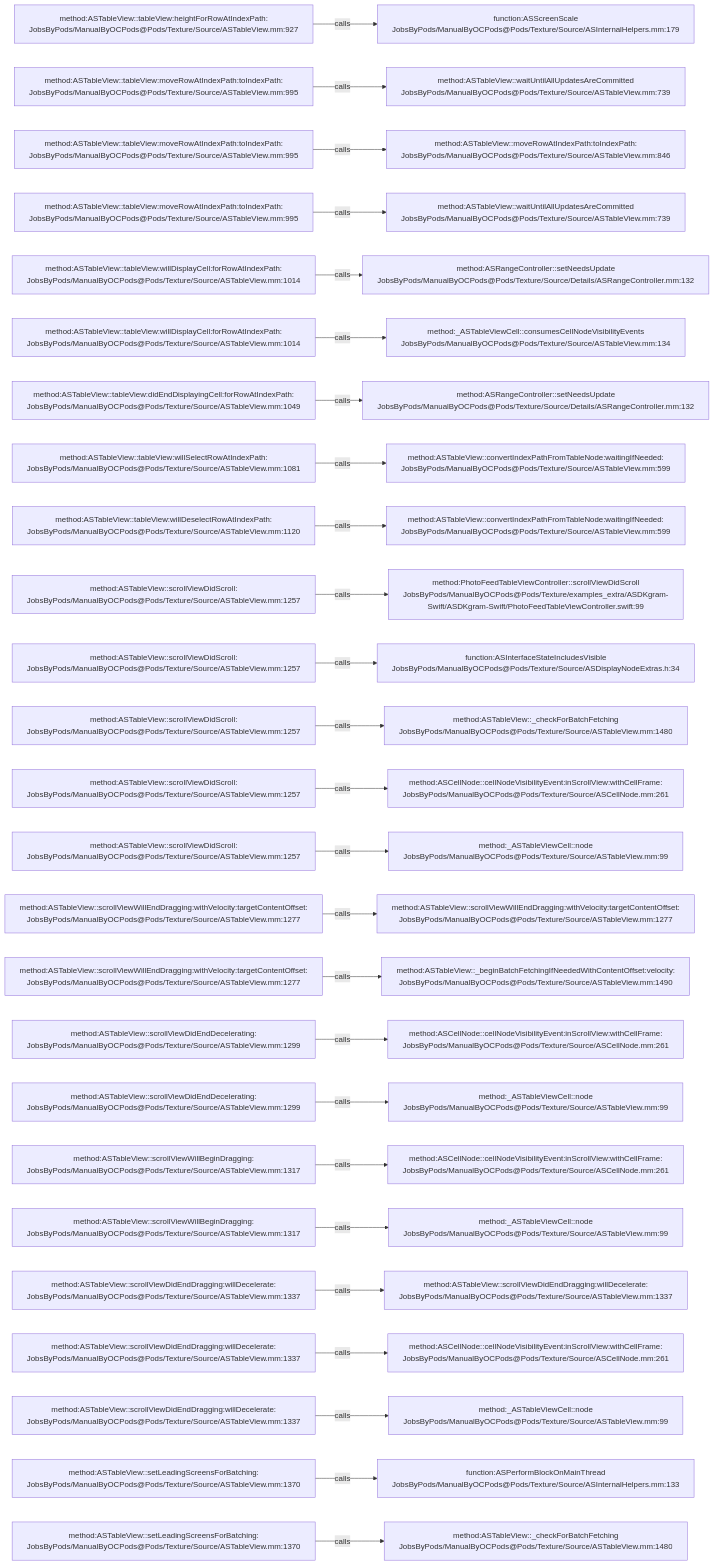
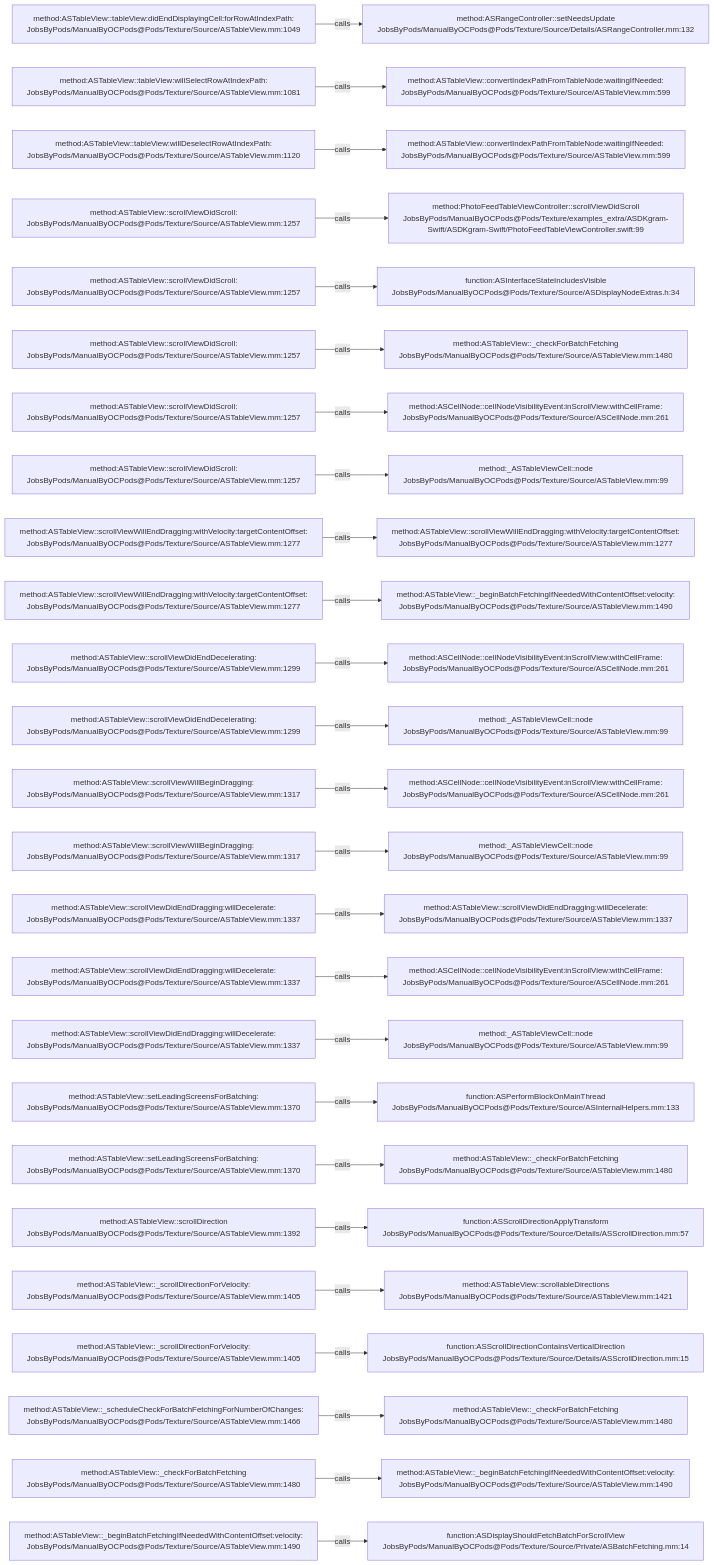
Before and after one commit to JobsKits/JobsOCBaseConfigDemo: the diagram in .codegraph/codegraph.md/graphs/calls-121.md, drawn with Mermaid. The commit also changed 666 other files, not shown here.

````diff
--- a/.codegraph/codegraph.md/graphs/calls-121.md
+++ b/.codegraph/codegraph.md/graphs/calls-121.md
@@ -13,78 +13,78 @@
 ```mermaid
 flowchart LR
-  S1["method:ASTableView::tableView:heightForRowAtIndexPath:<br/>JobsByPods/ManualByOCPods@Pods/Texture/Source/ASTableView.mm:927"]
-  T1["function:ASScreenScale<br/>JobsByPods/ManualByOCPods@Pods/Texture/Source/ASInternalHelpers.mm:179"]
+  S1["method:ASTableView::tableView:didEndDisplayingCell:forRowAtIndexPath:<br/>JobsByPods/ManualByOCPods@Pods/Texture/Source/ASTableView.mm:1049"]
+  T1["method:ASRangeController::setNeedsUpdate<br/>JobsByPods/ManualByOCPods@Pods/Texture/Source/Details/ASRangeController.mm:132"]
   S1 -->|calls| T1
-  S2["method:ASTableView::tableView:moveRowAtIndexPath:toIndexPath:<br/>JobsByPods/ManualByOCPods@Pods/Texture/Source/ASTableView.mm:995"]
-  T2["method:ASTableView::waitUntilAllUpdatesAreCommitted<br/>JobsByPods/ManualByOCPods@Pods/Texture/Source/ASTableView.mm:739"]
+  S2["method:ASTableView::tableView:willSelectRowAtIndexPath:<br/>JobsByPods/ManualByOCPods@Pods/Texture/Source/ASTableView.mm:1081"]
+  T2["method:ASTableView::convertIndexPathFromTableNode:waitingIfNeeded:<br/>JobsByPods/ManualByOCPods@Pods/Texture/Source/ASTableView.mm:599"]
   S2 -->|calls| T2
-  S3["method:ASTableView::tableView:moveRowAtIndexPath:toIndexPath:<br/>JobsByPods/ManualByOCPods@Pods/Texture/Source/ASTableView.mm:995"]
-  T3["method:ASTableView::moveRowAtIndexPath:toIndexPath:<br/>JobsByPods/ManualByOCPods@Pods/Texture/Source/ASTableView.mm:846"]
+  S3["method:ASTableView::tableView:willDeselectRowAtIndexPath:<br/>JobsByPods/ManualByOCPods@Pods/Texture/Source/ASTableView.mm:1120"]
+  T3["method:ASTableView::convertIndexPathFromTableNode:waitingIfNeeded:<br/>JobsByPods/ManualByOCPods@Pods/Texture/Source/ASTableView.mm:599"]
   S3 -->|calls| T3
-  S4["method:ASTableView::tableView:moveRowAtIndexPath:toIndexPath:<br/>JobsByPods/ManualByOCPods@Pods/Texture/Source/ASTableView.mm:995"]
-  T4["method:ASTableView::waitUntilAllUpdatesAreCommitted<br/>JobsByPods/ManualByOCPods@Pods/Texture/Source/ASTableView.mm:739"]
+  S4["method:ASTableView::scrollViewDidScroll:<br/>JobsByPods/ManualByOCPods@Pods/Texture/Source/ASTableView.mm:1257"]
+  T4["method:PhotoFeedTableViewController::scrollViewDidScroll<br/>JobsByPods/ManualByOCPods@Pods/Texture/examples_extra/ASDKgram-Swift/ASDKgram-Swift/PhotoFeedTableViewController.swift:99"]
   S4 -->|calls| T4
-  S5["method:ASTableView::tableView:willDisplayCell:forRowAtIndexPath:<br/>JobsByPods/ManualByOCPods@Pods/Texture/Source/ASTableView.mm:1014"]
-  T5["method:ASRangeController::setNeedsUpdate<br/>JobsByPods/ManualByOCPods@Pods/Texture/Source/Details/ASRangeController.mm:132"]
+  S5["method:ASTableView::scrollViewDidScroll:<br/>JobsByPods/ManualByOCPods@Pods/Texture/Source/ASTableView.mm:1257"]
+  T5["function:ASInterfaceStateIncludesVisible<br/>JobsByPods/ManualByOCPods@Pods/Texture/Source/ASDisplayNodeExtras.h:34"]
   S5 -->|calls| T5
-  S6["method:ASTableView::tableView:willDisplayCell:forRowAtIndexPath:<br/>JobsByPods/ManualByOCPods@Pods/Texture/Source/ASTableView.mm:1014"]
-  T6["method:_ASTableViewCell::consumesCellNodeVisibilityEvents<br/>JobsByPods/ManualByOCPods@Pods/Texture/Source/ASTableView.mm:134"]
+  S6["method:ASTableView::scrollViewDidScroll:<br/>JobsByPods/ManualByOCPods@Pods/Texture/Source/ASTableView.mm:1257"]
+  T6["method:ASTableView::_checkForBatchFetching<br/>JobsByPods/ManualByOCPods@Pods/Texture/Source/ASTableView.mm:1480"]
   S6 -->|calls| T6
-  S7["method:ASTableView::tableView:didEndDisplayingCell:forRowAtIndexPath:<br/>JobsByPods/ManualByOCPods@Pods/Texture/Source/ASTableView.mm:1049"]
-  T7["method:ASRangeController::setNeedsUpdate<br/>JobsByPods/ManualByOCPods@Pods/Texture/Source/Details/ASRangeController.mm:132"]
+  S7["method:ASTableView::scrollViewDidScroll:<br/>JobsByPods/ManualByOCPods@Pods/Texture/Source/ASTableView.mm:1257"]
+  T7["method:ASCellNode::cellNodeVisibilityEvent:inScrollView:withCellFrame:<br/>JobsByPods/ManualByOCPods@Pods/Texture/Source/ASCellNode.mm:261"]
   S7 -->|calls| T7
-  S8["method:ASTableView::tableView:willSelectRowAtIndexPath:<br/>JobsByPods/ManualByOCPods@Pods/Texture/Source/ASTableView.mm:1081"]
-  T8["method:ASTableView::convertIndexPathFromTableNode:waitingIfNeeded:<br/>JobsByPods/ManualByOCPods@Pods/Texture/Source/ASTableView.mm:599"]
+  S8["method:ASTableView::scrollViewDidScroll:<br/>JobsByPods/ManualByOCPods@Pods/Texture/Source/ASTableView.mm:1257"]
+  T8["method:_ASTableViewCell::node<br/>JobsByPods/ManualByOCPods@Pods/Texture/Source/ASTableView.mm:99"]
   S8 -->|calls| T8
-  S9["method:ASTableView::tableView:willDeselectRowAtIndexPath:<br/>JobsByPods/ManualByOCPods@Pods/Texture/Source/ASTableView.mm:1120"]
-  T9["method:ASTableView::convertIndexPathFromTableNode:waitingIfNeeded:<br/>JobsByPods/ManualByOCPods@Pods/Texture/Source/ASTableView.mm:599"]
+  S9["method:ASTableView::scrollViewWillEndDragging:withVelocity:targetContentOffset:<br/>JobsByPods/ManualByOCPods@Pods/Texture/Source/ASTableView.mm:1277"]
+  T9["method:ASTableView::scrollViewWillEndDragging:withVelocity:targetContentOffset:<br/>JobsByPods/ManualByOCPods@Pods/Texture/Source/ASTableView.mm:1277"]
   S9 -->|calls| T9
-  S10["method:ASTableView::scrollViewDidScroll:<br/>JobsByPods/ManualByOCPods@Pods/Texture/Source/ASTableView.mm:1257"]
-  T10["method:PhotoFeedTableViewController::scrollViewDidScroll<br/>JobsByPods/ManualByOCPods@Pods/Texture/examples_extra/ASDKgram-Swift/ASDKgram-Swift/PhotoFeedTableViewController.swift:99"]
+  S10["method:ASTableView::scrollViewWillEndDragging:withVelocity:targetContentOffset:<br/>JobsByPods/ManualByOCPods@Pods/Texture/Source/ASTableView.mm:1277"]
+  T10["method:ASTableView::_beginBatchFetchingIfNeededWithContentOffset:velocity:<br/>JobsByPods/ManualByOCPods@Pods/Texture/Source/ASTableView.mm:1490"]
   S10 -->|calls| T10
-  S11["method:ASTableView::scrollViewDidScroll:<br/>JobsByPods/ManualByOCPods@Pods/Texture/Source/ASTableView.mm:1257"]
-  T11["function:ASInterfaceStateIncludesVisible<br/>JobsByPods/ManualByOCPods@Pods/Texture/Source/ASDisplayNodeExtras.h:34"]
+  S11["method:ASTableView::scrollViewDidEndDecelerating:<br/>JobsByPods/ManualByOCPods@Pods/Texture/Source/ASTableView.mm:1299"]
+  T11["method:ASCellNode::cellNodeVisibilityEvent:inScrollView:withCellFrame:<br/>JobsByPods/ManualByOCPods@Pods/Texture/Source/ASCellNode.mm:261"]
   S11 -->|calls| T11
-  S12["method:ASTableView::scrollViewDidScroll:<br/>JobsByPods/ManualByOCPods@Pods/Texture/Source/ASTableView.mm:1257"]
-  T12["method:ASTableView::_checkForBatchFetching<br/>JobsByPods/ManualByOCPods@Pods/Texture/Source/ASTableView.mm:1480"]
+  S12["method:ASTableView::scrollViewDidEndDecelerating:<br/>JobsByPods/ManualByOCPods@Pods/Texture/Source/ASTableView.mm:1299"]
+  T12["method:_ASTableViewCell::node<br/>JobsByPods/ManualByOCPods@Pods/Texture/Source/ASTableView.mm:99"]
   S12 -->|calls| T12
-  S13["method:ASTableView::scrollViewDidScroll:<br/>JobsByPods/ManualByOCPods@Pods/Texture/Source/ASTableView.mm:1257"]
+  S13["method:ASTableView::scrollViewWillBeginDragging:<br/>JobsByPods/ManualByOCPods@Pods/Texture/Source/ASTableView.mm:1317"]
   T13["method:ASCellNode::cellNodeVisibilityEvent:inScrollView:withCellFrame:<br/>JobsByPods/ManualByOCPods@Pods/Texture/Source/ASCellNode.mm:261"]
   S13 -->|calls| T13
-  S14["method:ASTableView::scrollViewDidScroll:<br/>JobsByPods/ManualByOCPods@Pods/Texture/Source/ASTableView.mm:1257"]
+  S14["method:ASTableView::scrollViewWillBeginDragging:<br/>JobsByPods/ManualByOCPods@Pods/Texture/Source/ASTableView.mm:1317"]
   T14["method:_ASTableViewCell::node<br/>JobsByPods/ManualByOCPods@Pods/Texture/Source/ASTableView.mm:99"]
   S14 -->|calls| T14
-  S15["method:ASTableView::scrollViewWillEndDragging:withVelocity:targetContentOffset:<br/>JobsByPods/ManualByOCPods@Pods/Texture/Source/ASTableView.mm:1277"]
-  T15["method:ASTableView::scrollViewWillEndDragging:withVelocity:targetContentOffset:<br/>JobsByPods/ManualByOCPods@Pods/Texture/Source/ASTableView.mm:1277"]
+  S15["method:ASTableView::scrollViewDidEndDragging:willDecelerate:<br/>JobsByPods/ManualByOCPods@Pods/Texture/Source/ASTableView.mm:1337"]
+  T15["method:ASTableView::scrollViewDidEndDragging:willDecelerate:<br/>JobsByPods/ManualByOCPods@Pods/Texture/Source/ASTableView.mm:1337"]
   S15 -->|calls| T15
-  S16["method:ASTableView::scrollViewWillEndDragging:withVelocity:targetContentOffset:<br/>JobsByPods/ManualByOCPods@Pods/Texture/Source/ASTableView.mm:1277"]
-  T16["method:ASTableView::_beginBatchFetchingIfNeededWithContentOffset:velocity:<br/>JobsByPods/ManualByOCPods@Pods/Texture/Source/ASTableView.mm:1490"]
+  S16["method:ASTableView::scrollViewDidEndDragging:willDecelerate:<br/>JobsByPods/ManualByOCPods@Pods/Texture/Source/ASTableView.mm:1337"]
+  T16["method:ASCellNode::cellNodeVisibilityEvent:inScrollView:withCellFrame:<br/>JobsByPods/ManualByOCPods@Pods/Texture/Source/ASCellNode.mm:261"]
   S16 -->|calls| T16
-  S17["method:ASTableView::scrollViewDidEndDecelerating:<br/>JobsByPods/ManualByOCPods@Pods/Texture/Source/ASTableView.mm:1299"]
-  T17["method:ASCellNode::cellNodeVisibilityEvent:inScrollView:withCellFrame:<br/>JobsByPods/ManualByOCPods@Pods/Texture/Source/ASCellNode.mm:261"]
+  S17["method:ASTableView::scrollViewDidEndDragging:willDecelerate:<br/>JobsByPods/ManualByOCPods@Pods/Texture/Source/ASTableView.mm:1337"]
+  T17["method:_ASTableViewCell::node<br/>JobsByPods/ManualByOCPods@Pods/Texture/Source/ASTableView.mm:99"]
   S17 -->|calls| T17
-  S18["method:ASTableView::scrollViewDidEndDecelerating:<br/>JobsByPods/ManualByOCPods@Pods/Texture/Source/ASTableView.mm:1299"]
-  T18["method:_ASTableViewCell::node<br/>JobsByPods/ManualByOCPods@Pods/Texture/Source/ASTableView.mm:99"]
+  S18["method:ASTableView::setLeadingScreensForBatching:<br/>JobsByPods/ManualByOCPods@Pods/Texture/Source/ASTableView.mm:1370"]
+  T18["function:ASPerformBlockOnMainThread<br/>JobsByPods/ManualByOCPods@Pods/Texture/Source/ASInternalHelpers.mm:133"]
   S18 -->|calls| T18
-  S19["method:ASTableView::scrollViewWillBeginDragging:<br/>JobsByPods/ManualByOCPods@Pods/Texture/Source/ASTableView.mm:1317"]
-  T19["method:ASCellNode::cellNodeVisibilityEvent:inScrollView:withCellFrame:<br/>JobsByPods/ManualByOCPods@Pods/Texture/Source/ASCellNode.mm:261"]
+  S19["method:ASTableView::setLeadingScreensForBatching:<br/>JobsByPods/ManualByOCPods@Pods/Texture/Source/ASTableView.mm:1370"]
+  T19["method:ASTableView::_checkForBatchFetching<br/>JobsByPods/ManualByOCPods@Pods/Texture/Source/ASTableView.mm:1480"]
   S19 -->|calls| T19
-  S20["method:ASTableView::scrollViewWillBeginDragging:<br/>JobsByPods/ManualByOCPods@Pods/Texture/Source/ASTableView.mm:1317"]
-  T20["method:_ASTableViewCell::node<br/>JobsByPods/ManualByOCPods@Pods/Texture/Source/ASTableView.mm:99"]
+  S20["method:ASTableView::scrollDirection<br/>JobsByPods/ManualByOCPods@Pods/Texture/Source/ASTableView.mm:1392"]
+  T20["function:ASScrollDirectionApplyTransform<br/>JobsByPods/ManualByOCPods@Pods/Texture/Source/Details/ASScrollDirection.mm:57"]
   S20 -->|calls| T20
-  S21["method:ASTableView::scrollViewDidEndDragging:willDecelerate:<br/>JobsByPods/ManualByOCPods@Pods/Texture/Source/ASTableView.mm:1337"]
-  T21["method:ASTableView::scrollViewDidEndDragging:willDecelerate:<br/>JobsByPods/ManualByOCPods@Pods/Texture/Source/ASTableView.mm:1337"]
+  S21["method:ASTableView::_scrollDirectionForVelocity:<br/>JobsByPods/ManualByOCPods@Pods/Texture/Source/ASTableView.mm:1405"]
+  T21["method:ASTableView::scrollableDirections<br/>JobsByPods/ManualByOCPods@Pods/Texture/Source/ASTableView.mm:1421"]
   S21 -->|calls| T21
-  S22["method:ASTableView::scrollViewDidEndDragging:willDecelerate:<br/>JobsByPods/ManualByOCPods@Pods/Texture/Source/ASTableView.mm:1337"]
-  T22["method:ASCellNode::cellNodeVisibilityEvent:inScrollView:withCellFrame:<br/>JobsByPods/ManualByOCPods@Pods/Texture/Source/ASCellNode.mm:261"]
+  S22["method:ASTableView::_scrollDirectionForVelocity:<br/>JobsByPods/ManualByOCPods@Pods/Texture/Source/ASTableView.mm:1405"]
+  T22["function:ASScrollDirectionContainsVerticalDirection<br/>JobsByPods/ManualByOCPods@Pods/Texture/Source/Details/ASScrollDirection.mm:15"]
   S22 -->|calls| T22
-  S23["method:ASTableView::scrollViewDidEndDragging:willDecelerate:<br/>JobsByPods/ManualByOCPods@Pods/Texture/Source/ASTableView.mm:1337"]
-  T23["method:_ASTableViewCell::node<br/>JobsByPods/ManualByOCPods@Pods/Texture/Source/ASTableView.mm:99"]
+  S23["method:ASTableView::_scheduleCheckForBatchFetchingForNumberOfChanges:<br/>JobsByPods/ManualByOCPods@Pods/Texture/Source/ASTableView.mm:1466"]
+  T23["method:ASTableView::_checkForBatchFetching<br/>JobsByPods/ManualByOCPods@Pods/Texture/Source/ASTableView.mm:1480"]
   S23 -->|calls| T23
-  S24["method:ASTableView::setLeadingScreensForBatching:<br/>JobsByPods/ManualByOCPods@Pods/Texture/Source/ASTableView.mm:1370"]
-  T24["function:ASPerformBlockOnMainThread<br/>JobsByPods/ManualByOCPods@Pods/Texture/Source/ASInternalHelpers.mm:133"]
+  S24["method:ASTableView::_checkForBatchFetching<br/>JobsByPods/ManualByOCPods@Pods/Texture/Source/ASTableView.mm:1480"]
+  T24["method:ASTableView::_beginBatchFetchingIfNeededWithContentOffset:velocity:<br/>JobsByPods/ManualByOCPods@Pods/Texture/Source/ASTableView.mm:1490"]
   S24 -->|calls| T24
-  S25["method:ASTableView::setLeadingScreensForBatching:<br/>JobsByPods/ManualByOCPods@Pods/Texture/Source/ASTableView.mm:1370"]
-  T25["method:ASTableView::_checkForBatchFetching<br/>JobsByPods/ManualByOCPods@Pods/Texture/Source/ASTableView.mm:1480"]
+  S25["method:ASTableView::_beginBatchFetchingIfNeededWithContentOffset:velocity:<br/>JobsByPods/ManualByOCPods@Pods/Texture/Source/ASTableView.mm:1490"]
+  T25["function:ASDisplayShouldFetchBatchForScrollView<br/>JobsByPods/ManualByOCPods@Pods/Texture/Source/Private/ASBatchFetching.mm:14"]
   S25 -->|calls| T25
 ```
````
